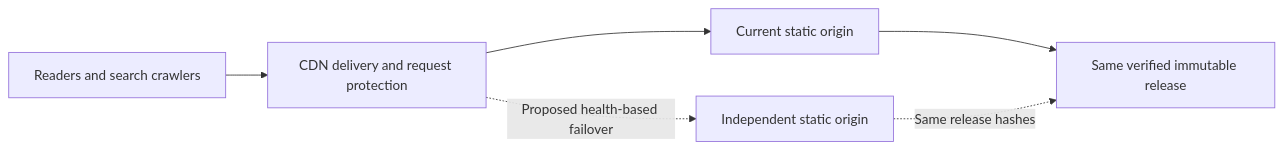
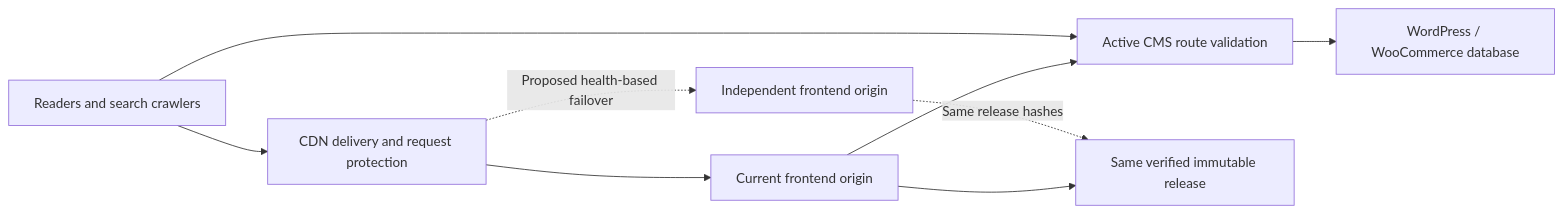
The diagram in docs/SCALABILITY.md (Zahidulislam2222/Chronos), drawn with Mermaid before and after one commit. The commit also changed other lines of this file and 53 other files, not shown here.

First line of the commit message:
Connect cinematic storefront to WordPress and verified test commerce

````diff
--- a/docs/SCALABILITY.md
+++ b/docs/SCALABILITY.md
@@ -24,8 +24,11 @@
 ```mermaid
 flowchart LR
     U[Readers and search crawlers] --> E[CDN delivery and request protection]
-    E --> A[Current static origin]
-    E -. Proposed health-based failover .-> B[Independent static origin]
+    E --> A[Current frontend origin]
+    A --> W[Active CMS route validation]
+    U --> W
+    W --> D[WordPress / WooCommerce database]
+    E -. Proposed health-based failover .-> B[Independent frontend origin]
     A --> R[Same verified immutable release]
     B -. Same release hashes .-> R
 ```
````
